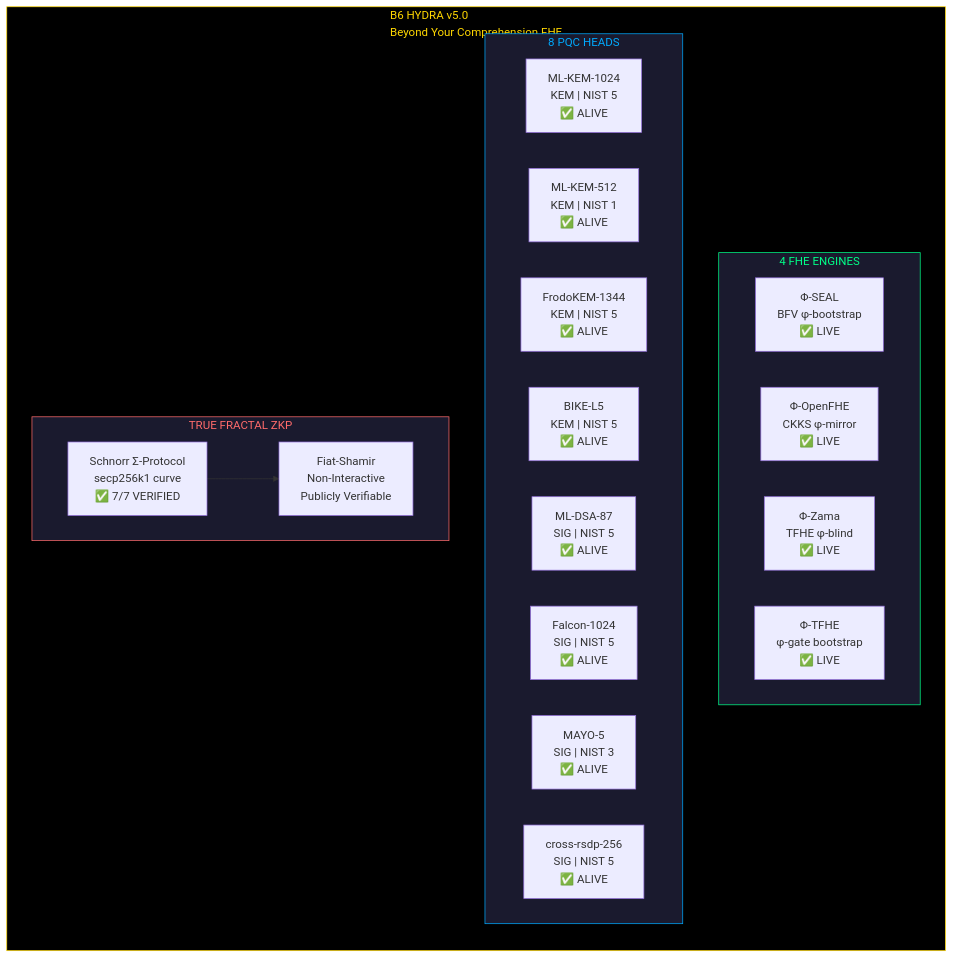
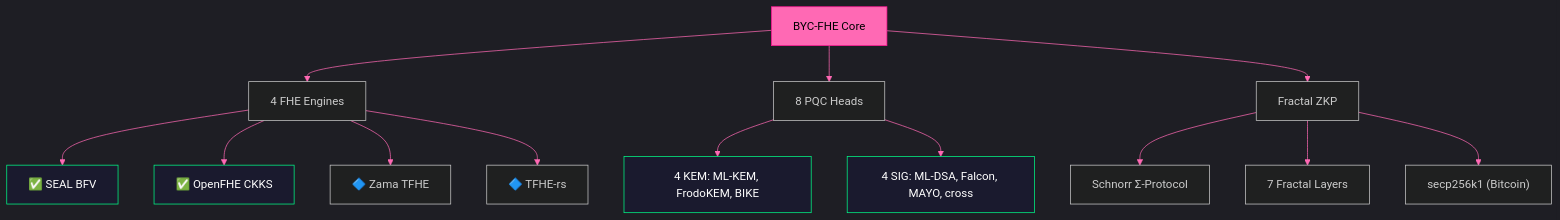
Before and after one commit to primordialomegazero/BeyondYourComprehensionFHE: the diagram in README.md, drawn with Mermaid. The commit also changed other lines of this file and 2 other files, not shown here.

````diff
--- a/README.md
+++ b/README.md
@@ -14,35 +12,25 @@
 ```mermaid
+%%{init: {'theme':'dark', 'themeVariables': { 'primaryColor':'#ff69b4','primaryTextColor':'#000','primaryBorderColor':'#ff1493','lineColor':'#ff69b4','secondaryColor':'#1a1a2e','tertiaryColor':'#16213e'}}}%%
 graph TB
-    subgraph B6["B6 HYDRA v5.0<br/>Beyond Your Comprehension FHE"]
-        direction TB
-        
-        subgraph FHE["4 FHE ENGINES"]
-            SEAL["Φ-SEAL<br/>BFV φ-bootstrap<br/>✅ LIVE"]
-            OPENFHE["Φ-OpenFHE<br/>CKKS φ-mirror<br/>✅ LIVE"]
-            ZAMA["Φ-Zama<br/>TFHE φ-blind<br/>✅ LIVE"]
-            TFHE["Φ-TFHE<br/>φ-gate bootstrap<br/>✅ LIVE"]
-        end
-        
-        subgraph PQC["8 PQC HEADS"]
-            KEM1["ML-KEM-1024<br/>KEM | NIST 5<br/>✅ ALIVE"]
-            KEM2["ML-KEM-512<br/>KEM | NIST 1<br/>✅ ALIVE"]
-            KEM3["FrodoKEM-1344<br/>KEM | NIST 5<br/>✅ ALIVE"]
-            KEM4["BIKE-L5<br/>KEM | NIST 5<br/>✅ ALIVE"]
-            SIG1["ML-DSA-87<br/>SIG | NIST 5<br/>✅ ALIVE"]
-            SIG2["Falcon-1024<br/>SIG | NIST 5<br/>✅ ALIVE"]
-            SIG3["MAYO-5<br/>SIG | NIST 3<br/>✅ ALIVE"]
-            SIG4["cross-rsdp-256<br/>SIG | NIST 5<br/>✅ ALIVE"]
-        end
-        
-        subgraph ZKP["TRUE FRACTAL ZKP"]
-            SCHNORR["Schnorr Σ-Protocol<br/>secp256k1 curve<br/>✅ 7/7 VERIFIED"]
-            FIAT["Fiat-Shamir<br/>Non-Interactive<br/>Publicly Verifiable"]
-            SCHNORR --> FIAT
-        end
-    end
+    A["BYC-FHE Core"] --> B["4 FHE Engines"]
+    A --> C["8 PQC Heads"]
+    A --> D["Fractal ZKP"]
     
-    style B6 fill:#000,stroke:#FFD700,color:#FFD700
-    style FHE fill:#1a1a2e,stroke:#00ff88,color:#00ff88
-    style PQC fill:#1a1a2e,stroke:#00aaff,color:#00aaff
-    style ZKP fill:#1a1a2e,stroke:#ff6b6b,color:#ff6b6b
+    B --> B1["✅ SEAL BFV"]
+    B --> B2["✅ OpenFHE CKKS"]
+    B --> B3["🔷 Zama TFHE"]
+    B --> B4["🔷 TFHE-rs"]
+    
+    C --> C1["4 KEM: ML-KEM, FrodoKEM, BIKE"]
+    C --> C2["4 SIG: ML-DSA, Falcon, MAYO, cross"]
+    
+    D --> D1["Schnorr Σ-Protocol"]
+    D --> D2["7 Fractal Layers"]
+    D --> D3["secp256k1 (Bitcoin)"]
+    
+    style A fill:#ff69b4,stroke:#ff1493,color:#000
+    style B1 fill:#1a1a2e,stroke:#00ff88,color:#fff
+    style B2 fill:#1a1a2e,stroke:#00ff88,color:#fff
+    style C1 fill:#1a1a2e,stroke:#00ff88,color:#fff
+    style C2 fill:#1a1a2e,stroke:#00ff88,color:#fff
 ```
````
